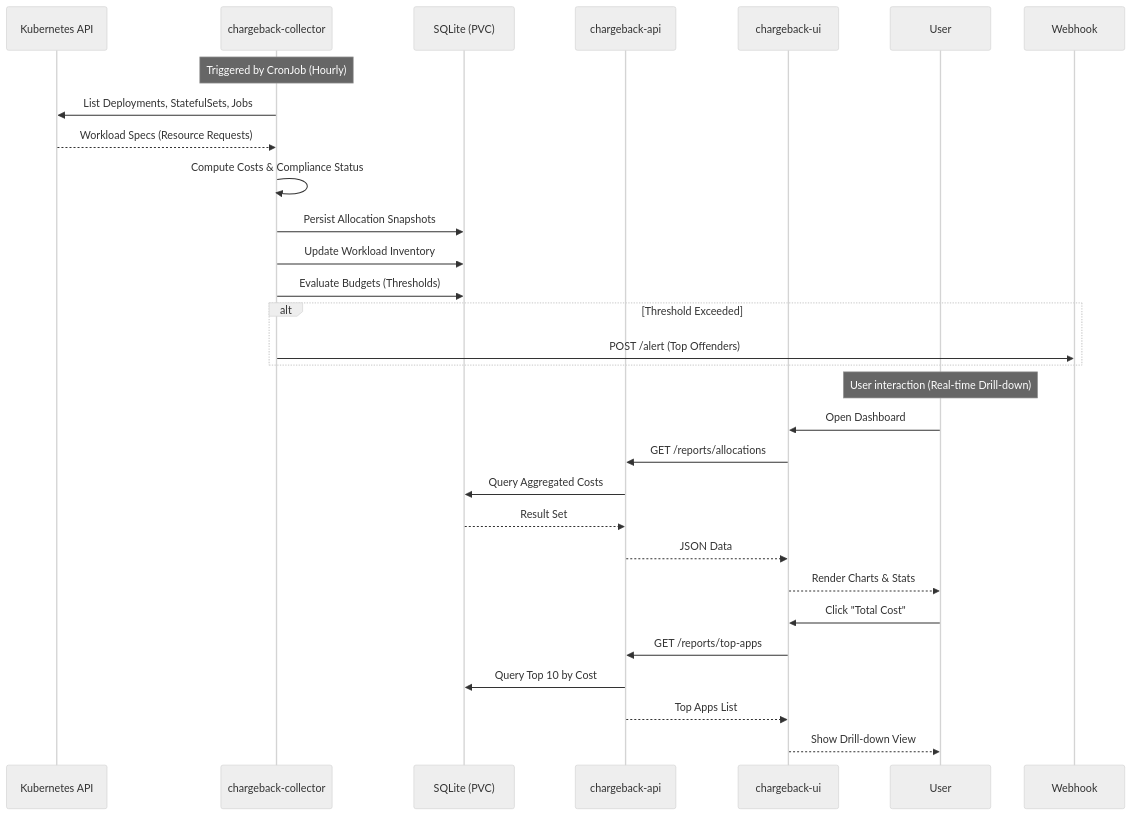
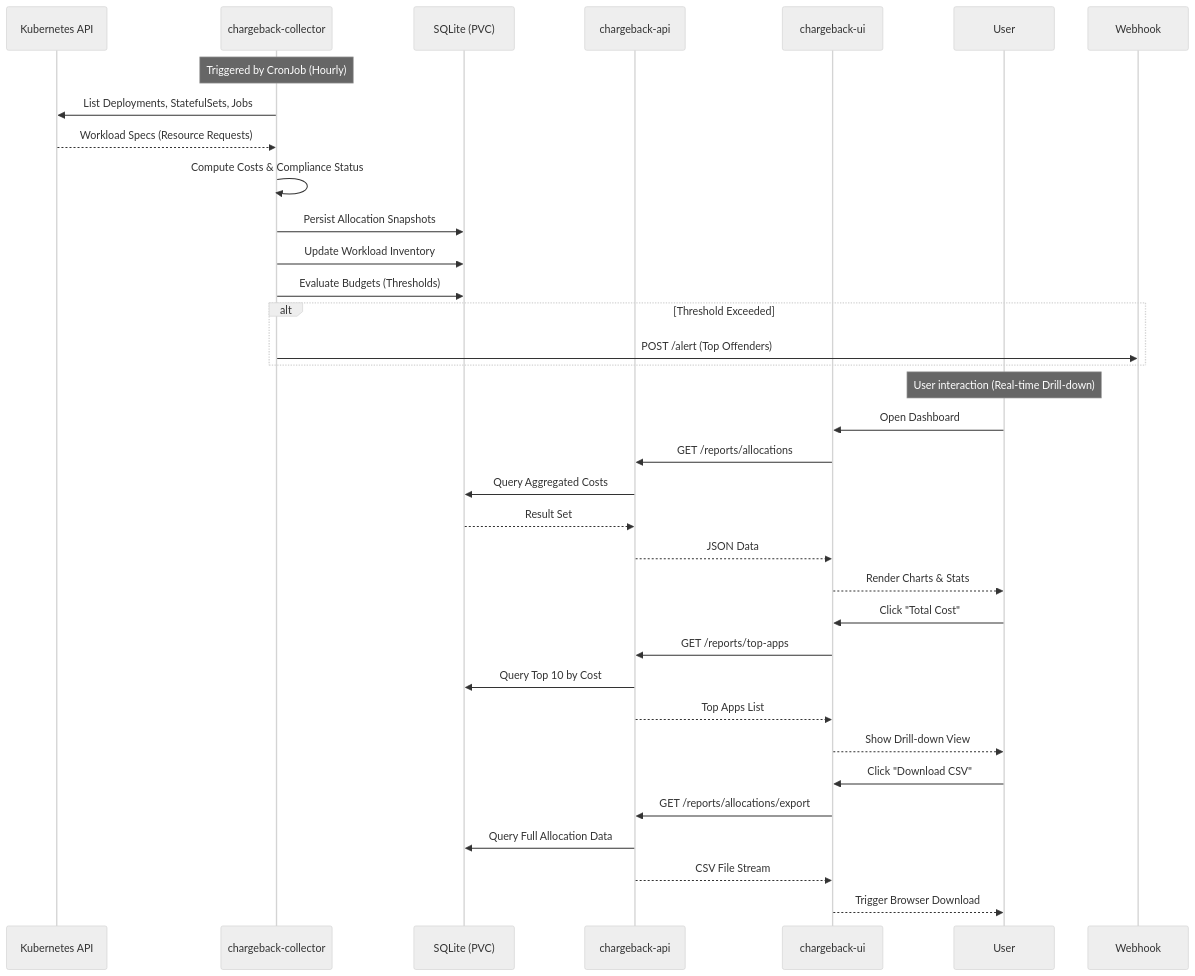
One commit to dawidbera/kube-chargeback changed the second of 2 diagrams in README.md. Above: the diagram before and after it, drawn with Mermaid (neutral theme). The commit also changed other lines of this file and 4 other files, not shown here.

````diff
--- a/README.md
+++ b/README.md
@@ -38,35 +42,41 @@
 ```mermaid
 sequenceDiagram
     participant K8s as Kubernetes API
     participant Coll as chargeback-collector
     participant DB as SQLite (PVC)
     participant API as chargeback-api
     participant UI as chargeback-ui
     participant User as User
 
     Note over Coll: Triggered by CronJob (Hourly)
     Coll->>K8s: List Deployments, StatefulSets, Jobs
     K8s-->>Coll: Workload Specs (Resource Requests)
     Coll->>Coll: Compute Costs & Compliance Status
     Coll->>DB: Persist Allocation Snapshots
     Coll->>DB: Update Workload Inventory
     Coll->>DB: Evaluate Budgets (Thresholds)
     
     alt Threshold Exceeded
         Coll->>Webhook: POST /alert (Top Offenders)
     end
 
     Note over User: User interaction (Real-time Drill-down)
     User->>UI: Open Dashboard
     UI->>API: GET /reports/allocations
     API->>DB: Query Aggregated Costs
     DB-->>API: Result Set
     API-->>UI: JSON Data
     UI-->>User: Render Charts & Stats
 
     User->>UI: Click "Total Cost"
     UI->>API: GET /reports/top-apps
     API->>DB: Query Top 10 by Cost
     API-->>UI: Top Apps List
     UI-->>User: Show Drill-down View
+
+    User->>UI: Click "Download CSV"
+    UI->>API: GET /reports/allocations/export
+    API->>DB: Query Full Allocation Data
+    API-->>UI: CSV File Stream
+    UI-->>User: Trigger Browser Download
 ```
````
